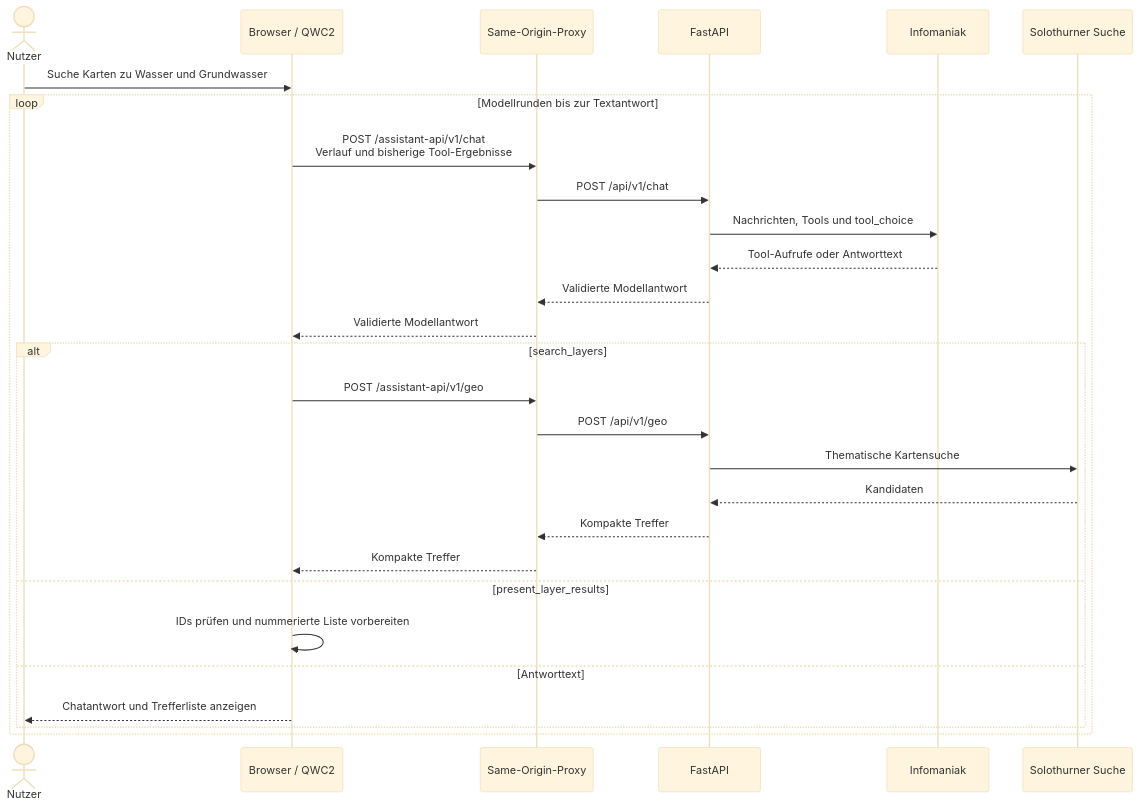
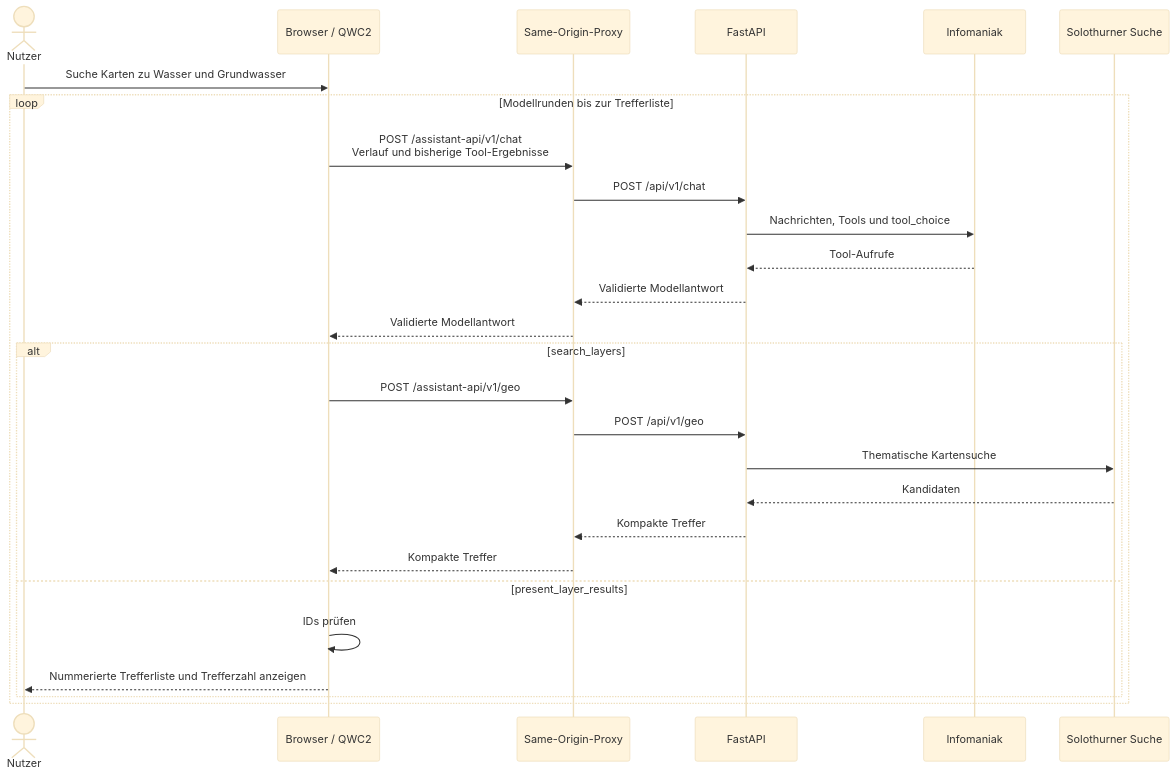
The second of 2 diagrams in README.md (edigonzales/qwc2-ai-assistant), drawn with Mermaid (base theme) before and after one commit. The commit also changed other lines of this file and 5 other files, not shown here.

````diff
--- a/README.md
+++ b/README.md
@@ -36,31 +36,30 @@
 ```mermaid
 sequenceDiagram
     actor Nutzer
     participant Browser as Browser / QWC2
     participant Proxy as Same-Origin-Proxy
     participant API as FastAPI
     participant LLM as Infomaniak
     participant Geo as Solothurner Suche
 
     Nutzer->>Browser: Suche Karten zu Wasser und Grundwasser
-    loop Modellrunden bis zur Textantwort
+    loop Modellrunden bis zur Trefferliste
         Browser->>Proxy: POST /assistant-api/v1/chat<br/>Verlauf und bisherige Tool-Ergebnisse
         Proxy->>API: POST /api/v1/chat
         API->>LLM: Nachrichten, Tools und tool_choice
-        LLM-->>API: Tool-Aufrufe oder Antworttext
+        LLM-->>API: Tool-Aufrufe
         API-->>Proxy: Validierte Modellantwort
         Proxy-->>Browser: Validierte Modellantwort
         alt search_layers
             Browser->>Proxy: POST /assistant-api/v1/geo
             Proxy->>API: POST /api/v1/geo
             API->>Geo: Thematische Kartensuche
             Geo-->>API: Kandidaten
             API-->>Proxy: Kompakte Treffer
             Proxy-->>Browser: Kompakte Treffer
         else present_layer_results
-            Browser->>Browser: IDs prüfen und nummerierte Liste vorbereiten
-        else Antworttext
-            Browser-->>Nutzer: Chatantwort und Trefferliste anzeigen
+            Browser->>Browser: IDs prüfen
+            Browser-->>Nutzer: Nummerierte Trefferliste und Trefferzahl anzeigen
         end
     end
 ```
````
